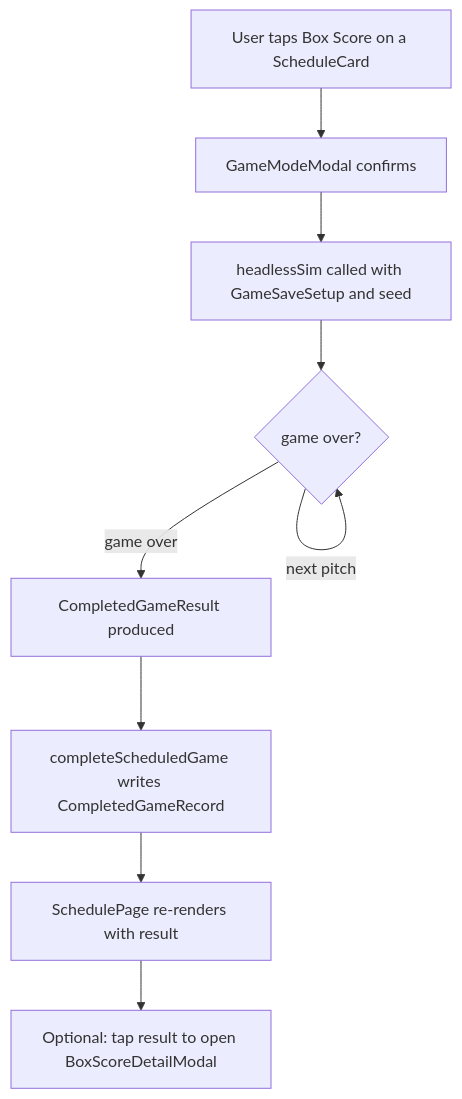
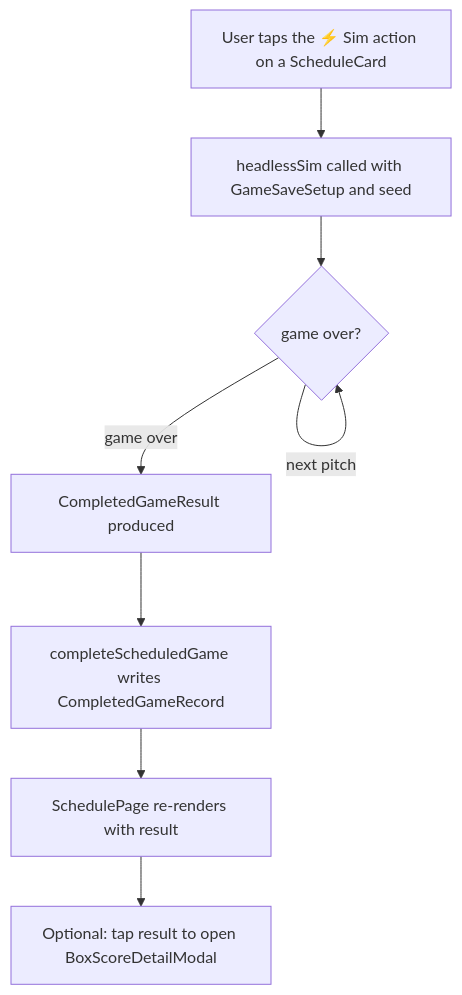
Before and after one commit to maniator/blipit-legends: the first of 3 diagrams in docs/league-mode/gameplay-modes.md, drawn with Mermaid. The commit also changed other lines of this file and 2 other files, not shown here.

Commit message:
docs: address remaining PR review thread inconsistencies
Agent-Logs-Url: https://github.com/maniator/blipit-legends/sessions/9d4c2451-6211-4537-b9c3-1cd933849736

````diff
--- a/docs/league-mode/gameplay-modes.md
+++ b/docs/league-mode/gameplay-modes.md
@@ -29,11 +29,10 @@
 ```mermaid
 flowchart TD
-    A[User taps Box Score on a ScheduleCard] --> B[GameModeModal confirms]
-    B --> C[headlessSim called with GameSaveSetup and seed]
-    C --> D{game over?}
-    D -->|next pitch| D
-    D -->|game over| E[CompletedGameResult produced]
-    E --> F[completeScheduledGame writes CompletedGameRecord]
-    F --> G[SchedulePage re-renders with result]
-    G --> H[Optional: tap result to open BoxScoreDetailModal]
+    A[User taps the ⚡ Sim action on a ScheduleCard] --> B[headlessSim called with GameSaveSetup and seed]
+    B --> C{game over?}
+    C -->|next pitch| C
+    C -->|game over| D[CompletedGameResult produced]
+    D --> E[completeScheduledGame writes CompletedGameRecord]
+    E --> F[SchedulePage re-renders with result]
+    F --> G[Optional: tap result to open BoxScoreDetailModal]
 ```
````
